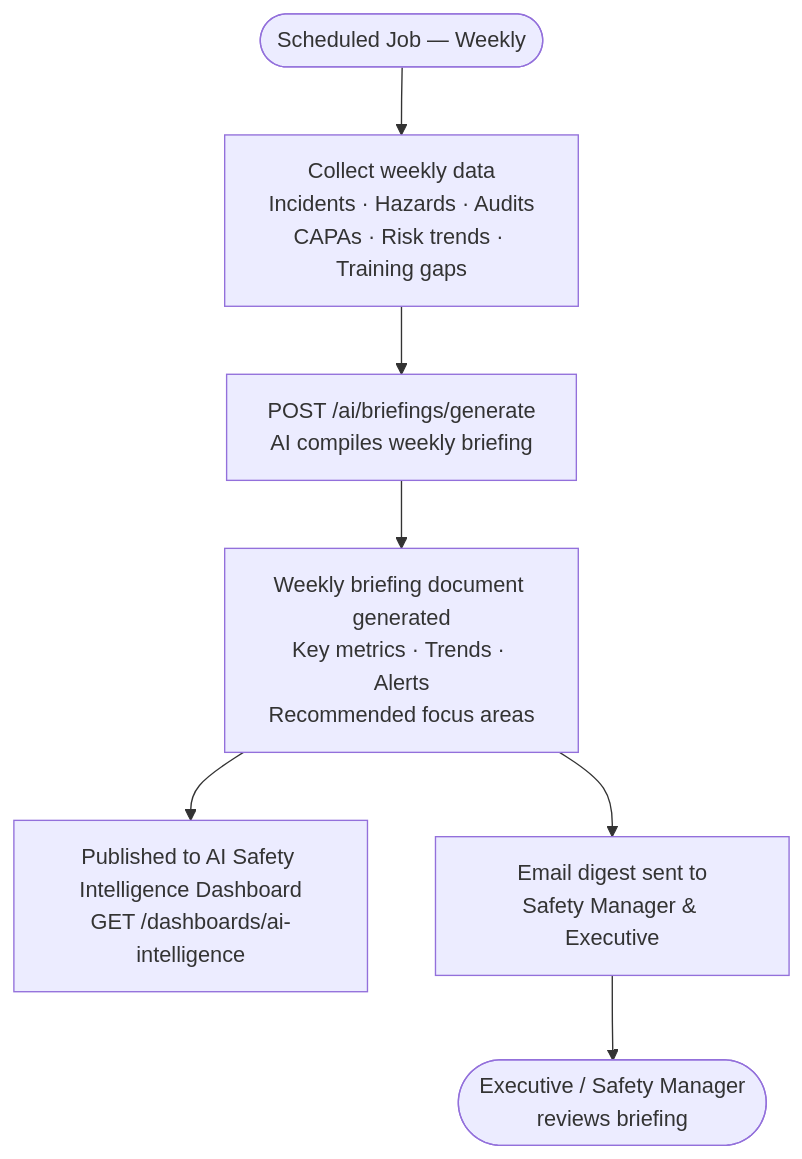
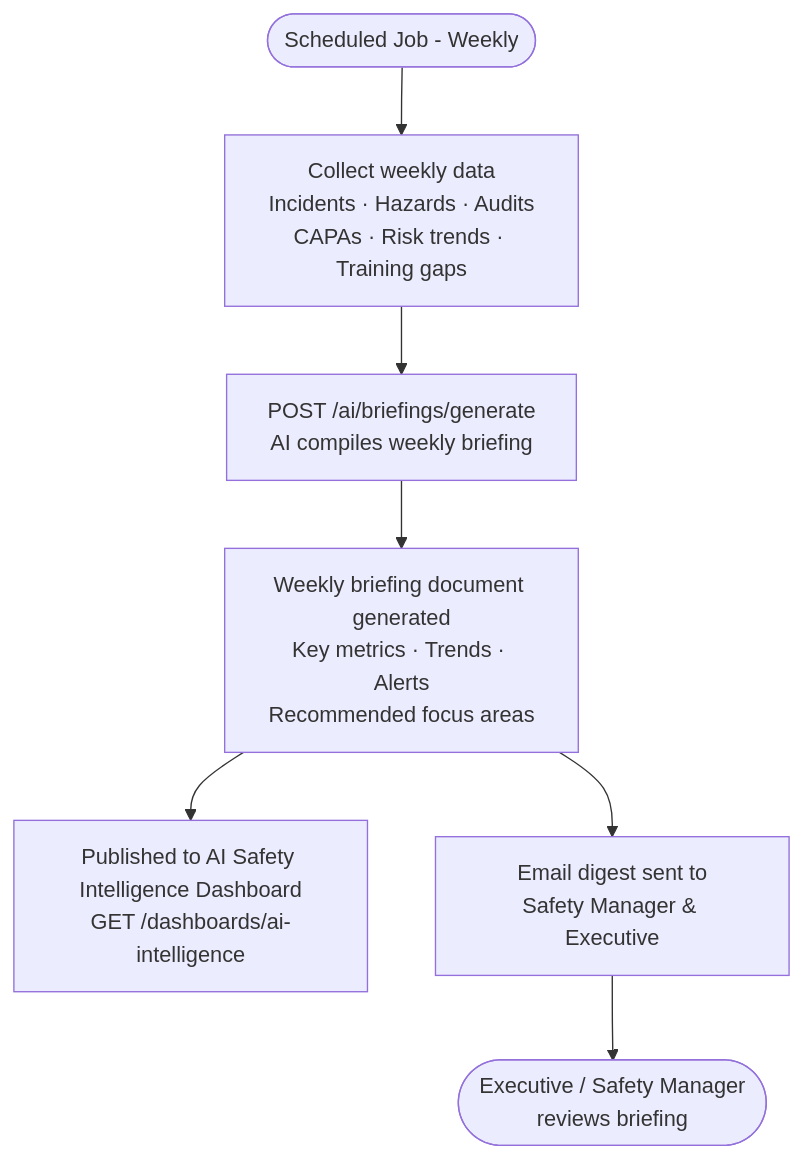
Before and after one commit to Nandan222001/health_smart_engage: the third of 4 diagrams in docs/diagrams/flows/10_ai_advisor_flow.md, drawn with Mermaid. The commit also changed other lines of this file and 15 other files, not shown here.

First line of the commit message:
fix: repair Mermaid rendering errors across all diagram files

````diff
--- a/docs/diagrams/flows/10_ai_advisor_flow.md
+++ b/docs/diagrams/flows/10_ai_advisor_flow.md
@@ -62,9 +62,9 @@
 ```mermaid
 flowchart TD
-    SCHEDULER([Scheduled Job — Weekly]) --> COLLECT_WEEKLY[Collect weekly data\nIncidents · Hazards · Audits\nCAPAs · Risk trends · Training gaps]
+    SCHEDULER([Scheduled Job - Weekly]) --> COLLECT_WEEKLY[Collect weekly data\nIncidents · Hazards · Audits\nCAPAs · Risk trends · Training gaps]
     COLLECT_WEEKLY --> AI_BRIEFING[POST /ai/briefings/generate\nAI compiles weekly briefing]
     AI_BRIEFING --> BRIEFING_DOC[Weekly briefing document generated\nKey metrics · Trends · Alerts\nRecommended focus areas]
     BRIEFING_DOC --> PUSH_TO_DASH[Published to AI Safety Intelligence Dashboard\nGET /dashboards/ai-intelligence]
     BRIEFING_DOC --> EMAIL_NOTIF[Email digest sent to\nSafety Manager & Executive]
     EMAIL_NOTIF --> EXEC([Executive / Safety Manager\nreviews briefing])
 ```
````
